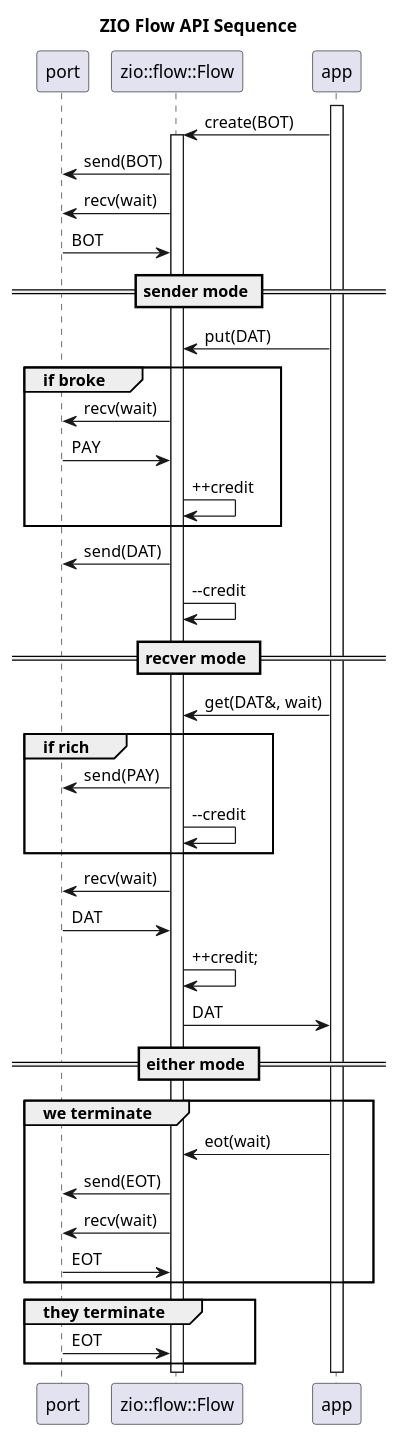
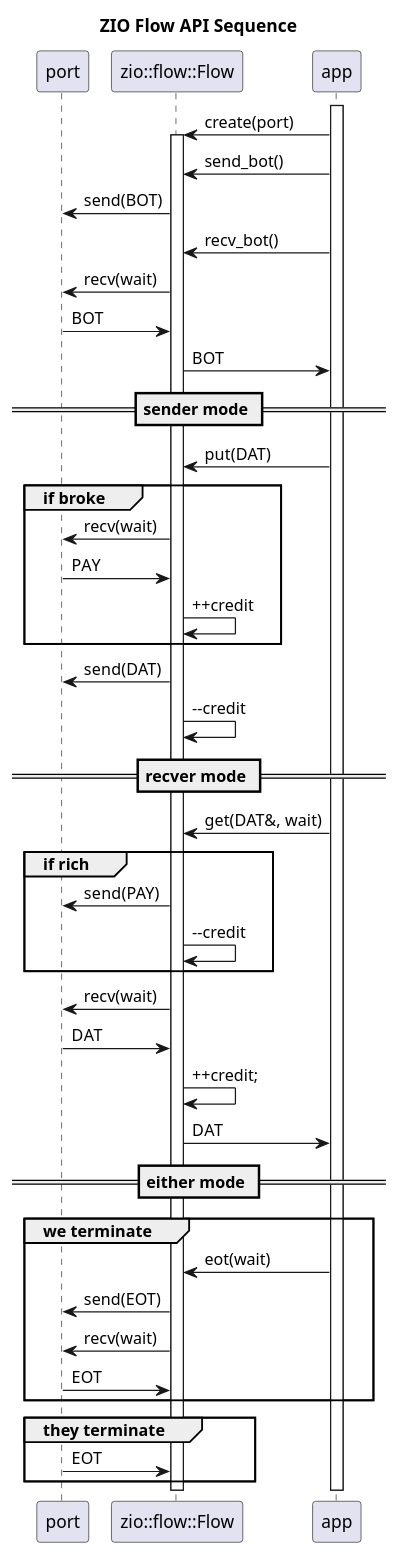
One commit to brettviren/zio changed the diagram in docs/flow-credit.plantuml. Above: the diagram before and after it, drawn with PlantUML. The commit also changed 63 other files, not shown here.

```diff
--- a/docs/flow-credit.plantuml
+++ b/docs/flow-credit.plantuml
@@ -1,50 +1,53 @@
 @startuml
+title ZIO Flow API Sequence
 participant "port" as port
 participant "zio::flow::Flow" as cc
 participant app
-title ZIO Flow API Sequence
 activate app
-        app -> cc : create(BOT)
+        app -> cc : create(port)
         activate cc
+                app -> cc : send_bot()
                 cc -> port : send(BOT)
+                app -> cc : recv_bot()
                 cc -> port : recv(wait)
                 port -> cc : BOT
+                cc -> app : BOT
 
                 == sender mode ==
 
                 app -> cc : put(DAT)
                 group if broke
                         cc -> port : recv(wait)
                         port -> cc : PAY
                         cc -> cc : ++credit
                 end
                 cc -> port : send(DAT)
                 cc -> cc : --credit
 
                 == recver mode ==
 
                 app -> cc : get(DAT&, wait)
                 group if rich
                         cc -> port : send(PAY)
                         cc -> cc : --credit
                 end
                 cc -> port : recv(wait)
                 port -> cc : DAT
                 cc -> cc : ++credit;
                 cc -> app : DAT
 
                 == either mode == 
 
                 group we terminate
                         app -> cc : eot(wait)
                         cc -> port : send(EOT)
                         cc -> port : recv(wait)
                         port -> cc : EOT
                 end
                 group they terminate
                         port -> cc : EOT
                 end
 
         deactivate cc
 deactivate app
 @enduml
```
